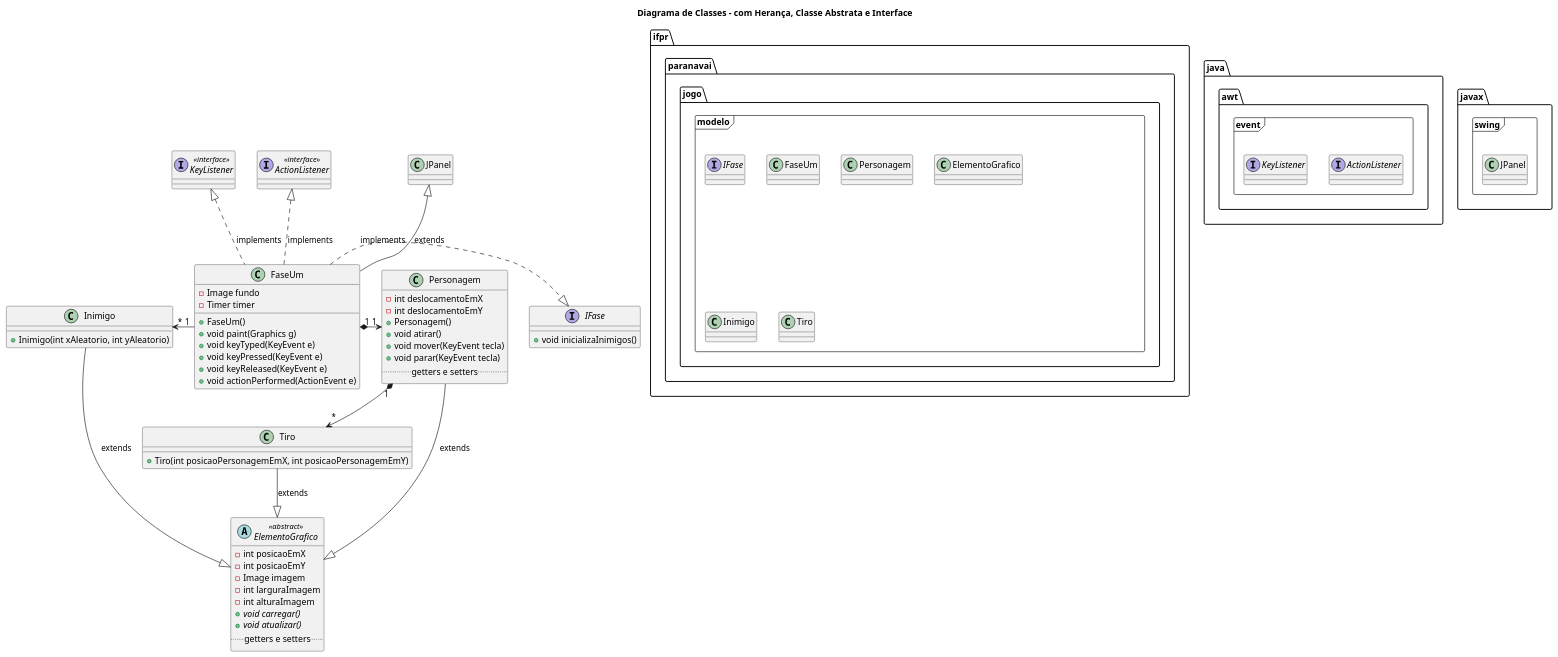
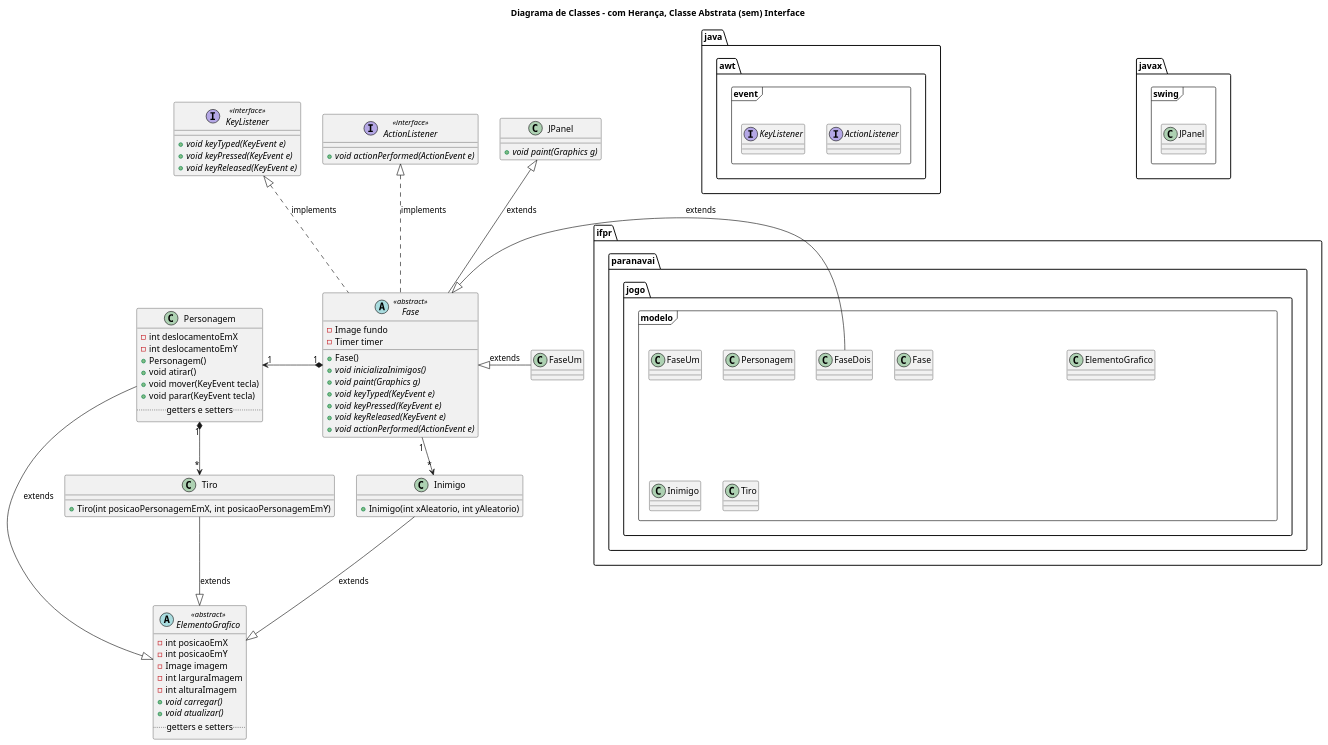
One commit to terenciani/jogo-2d-ifpr-2023 changed the diagram in uml/diagrama-classe.puml. Above: the diagram before and after it, drawn with PlantUML.

Commit message:
Capítulo 17 - Classe Fase abstract

```diff
--- a/uml/diagrama-classe.puml
+++ b/uml/diagrama-classe.puml
@@ -1,90 +1,107 @@
 @startuml
 
-title Diagrama de Classes - com Herança, Classe Abstrata e Interface
+title Diagrama de Classes - com Herança, Classe Abstrata (sem) Interface
 
 package ifpr.paranavai.jogo.modelo <<Frame>> {
-    interface IFase
+    class Fase
     class FaseUm
+    class FaseDois
     class Personagem
     class Inimigo
     class Tiro
     class ElementoGrafico
     note right of ElementoGrafico::carregar
+        Itálico indica que
+        o método é abstrato
+    end note
+    note right of Fase::keyPressed
         Itálico indica que
         o método é abstrato
     end note
 }
 
 package java.awt.event <<Frame>> {
     interface ActionListener
     interface KeyListener
 }
 
 
 package javax.swing <<Frame>> {
   class JPanel
 }
 
 abstract class ElementoGrafico <<abstract>> {
     -int posicaoEmX
     -int posicaoEmY
     -Image imagem
     -int larguraImagem
     -int alturaImagem    
     +{abstract} void carregar()
     +{abstract} void atualizar()
     .. getters e setters ..
 }
 
-class FaseUm {
+abstract class Fase <<abstract>>{
     -Image fundo
     -Timer timer
-    +FaseUm()
-    +void paint(Graphics g)
-    +void keyTyped(KeyEvent e)
-    +void keyPressed(KeyEvent e)
-    +void keyReleased(KeyEvent e)
-    +void actionPerformed(ActionEvent e)
+    +Fase()
+    +{abstract} void inicializaInimigos()
+    +{abstract} void paint(Graphics g)
+    +{abstract} void keyTyped(KeyEvent e)
+    +{abstract} void keyPressed(KeyEvent e)
+    +{abstract} void keyReleased(KeyEvent e)
+    +{abstract} void actionPerformed(ActionEvent e)
 }
 
 class Personagem{
     -int deslocamentoEmX
     -int deslocamentoEmY
     +Personagem()
     +void atirar()
     +void mover(KeyEvent tecla)
     +void parar(KeyEvent tecla)
     .. getters e setters ..
 }
 
 class Inimigo{
     +Inimigo(int xAleatorio, int yAleatorio)
 }
 
 class Tiro {
     +Tiro(int posicaoPersonagemEmX, int posicaoPersonagemEmY)
 }
 
-interface IFase {    
-    +void inicializaInimigos()
+class FaseUm {    
+    
 }
 
-class JPanel
-interface ActionListener <<interface>>
-interface KeyListener <<interface>>
+class JPanel{
+    +{abstract} void paint(Graphics g)
+}
+interface ActionListener <<interface>> {
+    +{abstract} void actionPerformed(ActionEvent e)
+}
 
-FaseUm -up-|> JPanel: extends
-FaseUm -up.|> ActionListener: implements
-FaseUm -up.|> KeyListener: implements
-FaseUm -right.|> IFase: implements
+interface KeyListener <<interface>> {
+    +{abstract} void keyTyped(KeyEvent e)
+    +{abstract} void keyPressed(KeyEvent e)
+    +{abstract} void keyReleased(KeyEvent e)
+}
 
-FaseUm "1" *-right-> "1" Personagem
-Inimigo "*" <-right- "1" FaseUm
+Fase -up-|> JPanel: extends
+Fase -up.|> ActionListener: implements
+Fase -up.|> KeyListener: implements
+FaseUm -left-|> Fase: extends
+FaseDois -left-|> Fase: extends
+
+
+Fase "1" *-left-> "1" Personagem
+Inimigo "*" <-up- "1" Fase
 
 Personagem "1" *--> "*" Tiro
 Personagem --|> ElementoGrafico: extends
 
 Tiro --|> ElementoGrafico: extends
 
 Inimigo --|> ElementoGrafico: extends
 @enduml
```
